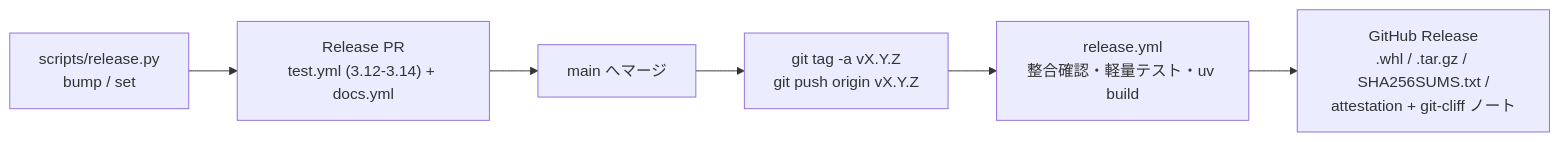
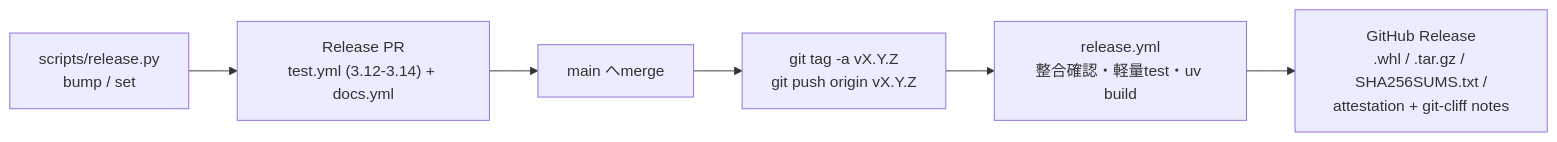
One commit to tetsugo02/roboloom changed the diagram in docs/ja/contribution/index.md. Above: the diagram before and after it, drawn with Mermaid. The commit also changed other lines of this file and 74 other files, not shown here.

````diff
--- a/docs/ja/contribution/index.md
+++ b/docs/ja/contribution/index.md
@@ -132,8 +150,8 @@
 ```mermaid
 flowchart LR
   P["scripts/release.py<br/>bump / set"] --> PR["Release PR<br/>test.yml (3.12-3.14) + docs.yml"]
-  PR --> M["main へマージ"]
+  PR --> M["main へmerge"]
   M --> T["git tag -a vX.Y.Z<br/>git push origin vX.Y.Z"]
-  T --> R["release.yml<br/>整合確認・軽量テスト・uv build"]
-  R --> G["GitHub Release<br/>.whl / .tar.gz / SHA256SUMS.txt /<br/>attestation + git-cliff ノート"]
+  T --> R["release.yml<br/>整合確認・軽量test・uv build"]
+  R --> G["GitHub Release<br/>.whl / .tar.gz / SHA256SUMS.txt /<br/>attestation + git-cliff notes"]
 ```
````
